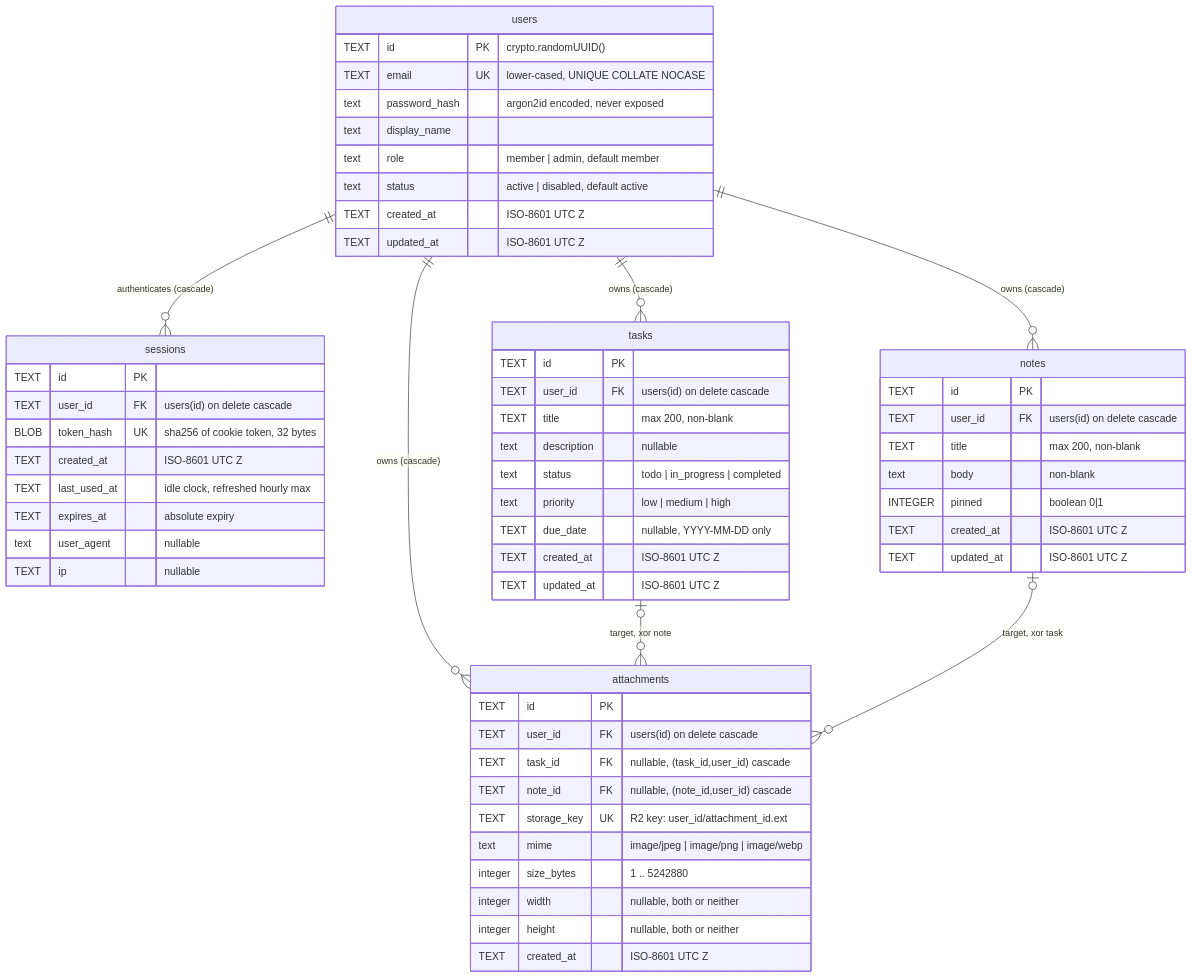
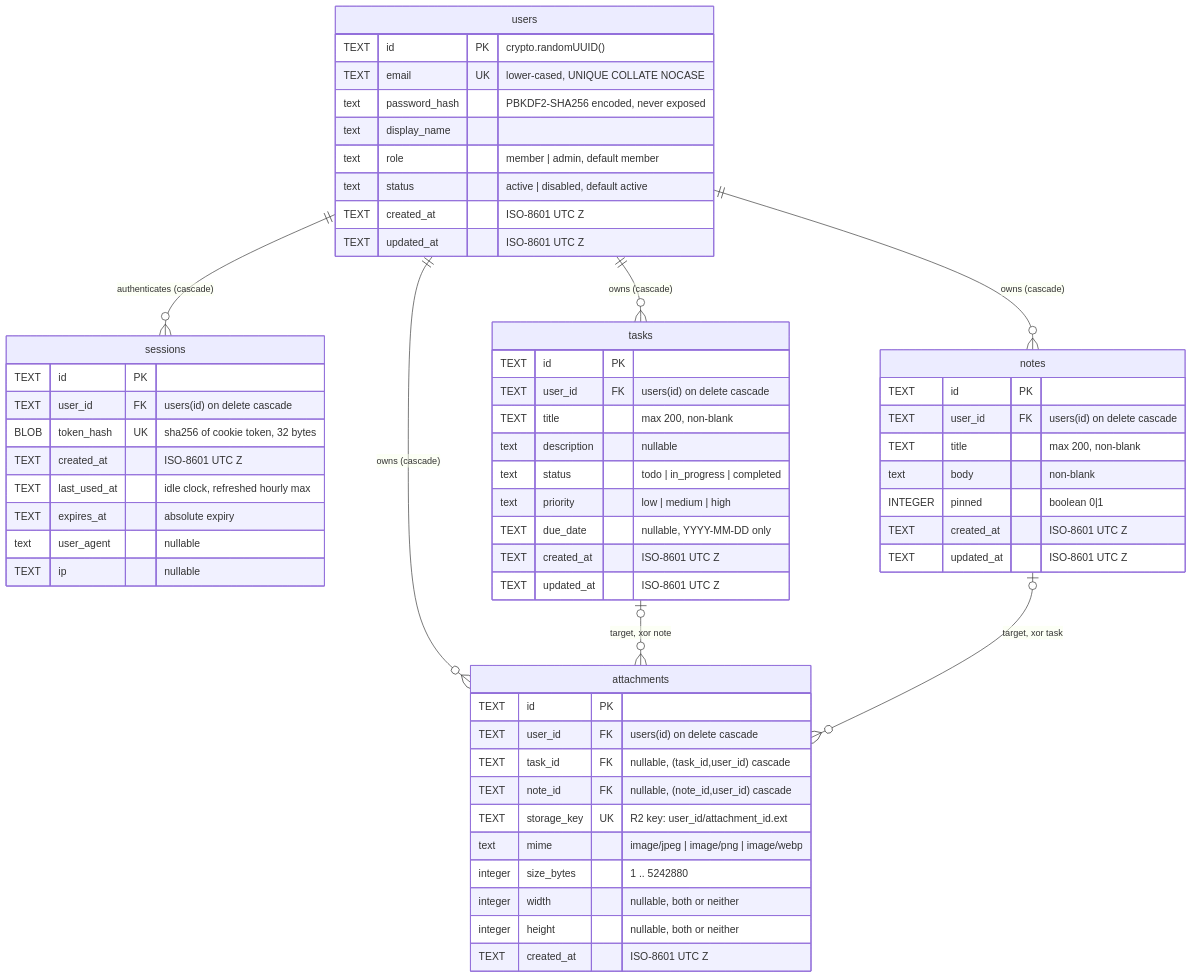
Before and after one commit to mhiqrambg/rweb-task-management: the diagram in .planning/05-database-design.md, drawn with Mermaid. The commit also changed other lines of this file and 10 other files, not shown here.

First line of the commit message:
docs: align password-hashing documentation with PBKDF2-SHA256

````diff
--- a/.planning/05-database-design.md
+++ b/.planning/05-database-design.md
@@ -71,66 +71,66 @@
 ```mermaid
 erDiagram
     users ||--o{ sessions : "authenticates (cascade)"
     users ||--o{ tasks : "owns (cascade)"
     users ||--o{ notes : "owns (cascade)"
     users ||--o{ attachments : "owns (cascade)"
     tasks |o--o{ attachments : "target, xor note"
     notes |o--o{ attachments : "target, xor task"
 
     users {
         TEXT id PK "crypto.randomUUID()"
         TEXT email UK "lower-cased, UNIQUE COLLATE NOCASE"
-        text password_hash "argon2id encoded, never exposed"
+        text password_hash "PBKDF2-SHA256 encoded, never exposed"
         text display_name
         text role "member | admin, default member"
         text status "active | disabled, default active"
         TEXT created_at "ISO-8601 UTC Z"
         TEXT updated_at "ISO-8601 UTC Z"
     }
 
     sessions {
         TEXT id PK
         TEXT user_id FK "users(id) on delete cascade"
         BLOB token_hash UK "sha256 of cookie token, 32 bytes"
         TEXT created_at "ISO-8601 UTC Z"
         TEXT last_used_at "idle clock, refreshed hourly max"
         TEXT expires_at "absolute expiry"
         text user_agent "nullable"
         TEXT ip "nullable"
     }
 
     tasks {
         TEXT id PK
         TEXT user_id FK "users(id) on delete cascade"
         TEXT title "max 200, non-blank"
         text description "nullable"
         text status "todo | in_progress | completed"
         text priority "low | medium | high"
         TEXT due_date "nullable, YYYY-MM-DD only"
         TEXT created_at "ISO-8601 UTC Z"
         TEXT updated_at "ISO-8601 UTC Z"
     }
 
     notes {
         TEXT id PK
         TEXT user_id FK "users(id) on delete cascade"
         TEXT title "max 200, non-blank"
         text body "non-blank"
         INTEGER pinned "boolean 0|1"
         TEXT created_at "ISO-8601 UTC Z"
         TEXT updated_at "ISO-8601 UTC Z"
     }
 
     attachments {
         TEXT id PK
         TEXT user_id FK "users(id) on delete cascade"
         TEXT task_id FK "nullable, (task_id,user_id) cascade"
         TEXT note_id FK "nullable, (note_id,user_id) cascade"
         TEXT storage_key UK "R2 key: user_id/attachment_id.ext"
         text mime "image/jpeg | image/png | image/webp"
         integer size_bytes "1 .. 5242880"
         integer width "nullable, both or neither"
         integer height "nullable, both or neither"
         TEXT created_at "ISO-8601 UTC Z"
     }
 ```
````
